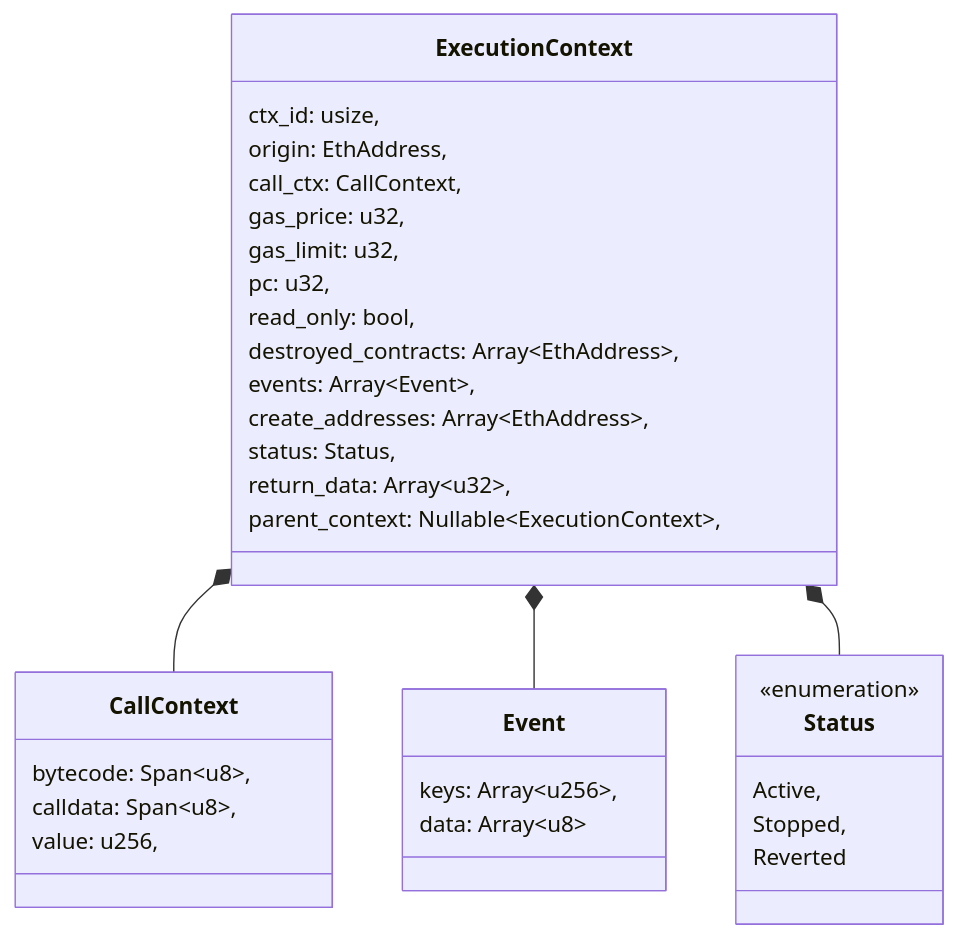
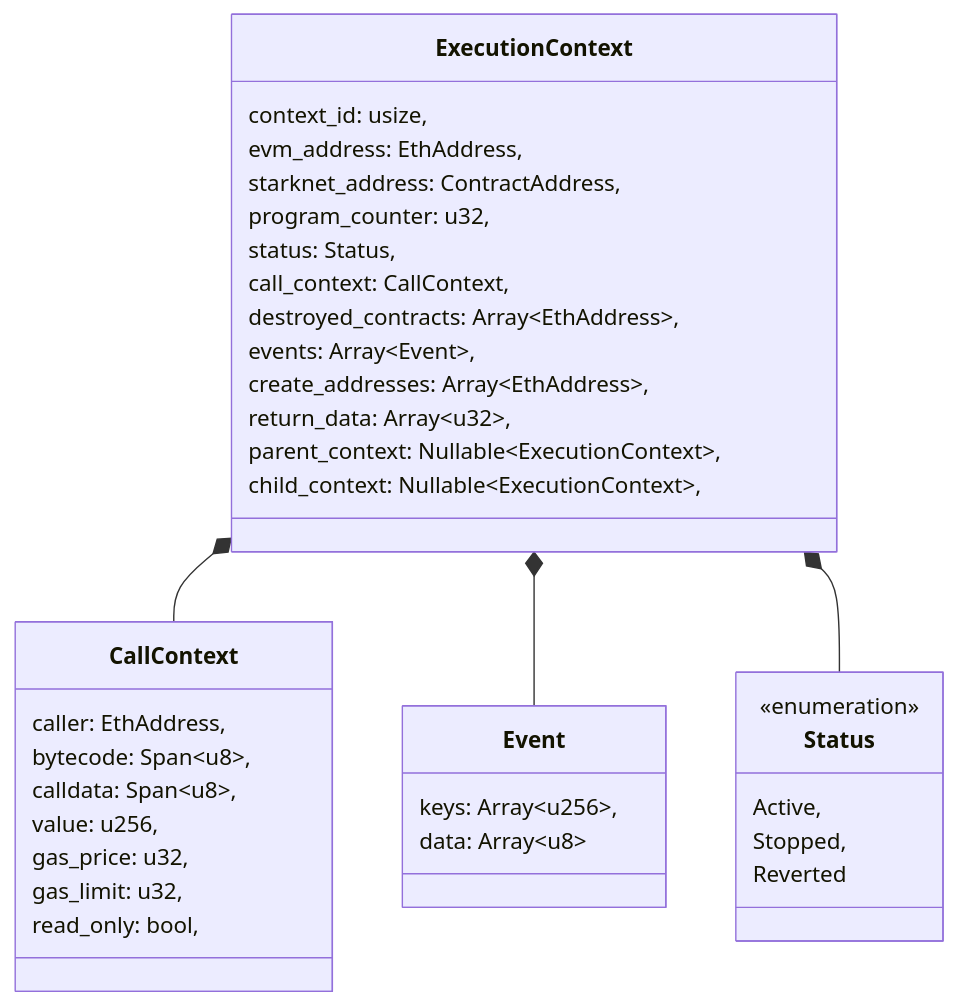
One commit to kkrt-labs/kakarot-ssj changed the first of 2 diagrams in docs/general/execution_context.md. Above: the diagram before and after it, drawn with Mermaid. The commit also changed 1 other file, not shown here.

````diff
--- a/docs/general/execution_context.md
+++ b/docs/general/execution_context.md
@@ -16,40 +16,43 @@
 ```mermaid
 classDiagram
     class ExecutionContext{
-        ctx_id: usize,
-        origin: EthAddress,
-        call_ctx: CallContext,
-        gas_price: u32,
-        gas_limit: u32,
-        pc: u32,
-        read_only: bool,
+        context_id: usize,
+        evm_address: EthAddress,
+        starknet_address: ContractAddress,
+        program_counter: u32,
+        status: Status,
+        call_context: CallContext,
         destroyed_contracts: Array~EthAddress~,
         events: Array~Event~,
         create_addresses: Array~EthAddress~,
-        status: Status,
         return_data: Array~u32~,
         parent_context: Nullable~ExecutionContext~,
+        child_context: Nullable~ExecutionContext~,
     }
 
     class CallContext{
+        caller: EthAddress,
         bytecode: Span~u8~,
         calldata: Span~u8~,
         value: u256,
+        gas_price: u32,
+        gas_limit: u32,
+        read_only: bool,
     }
 
     class Event{
         keys: Array~u256~,
         data: Array~u8~
     }
 
     class Status{
     <<enumeration>>
       Active,
       Stopped,
       Reverted
     }
 
     ExecutionContext *-- CallContext
     ExecutionContext *-- Event
     ExecutionContext *-- Status
 ```
````
